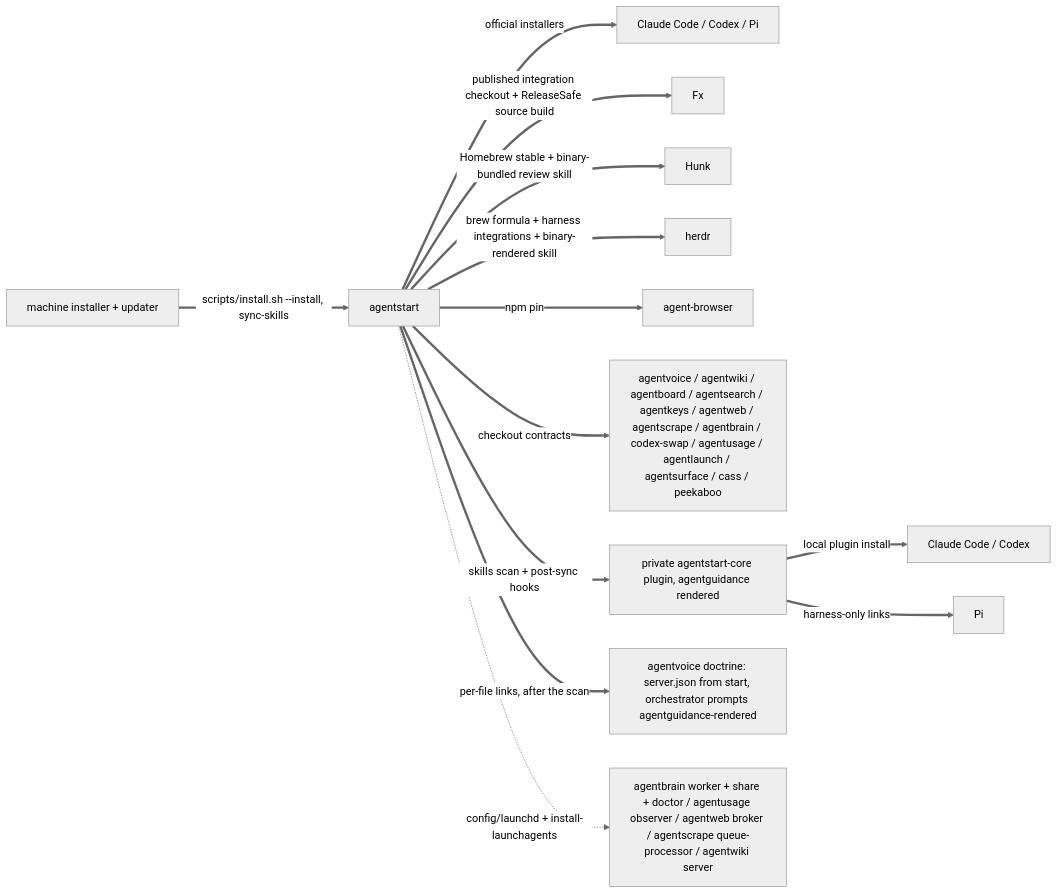
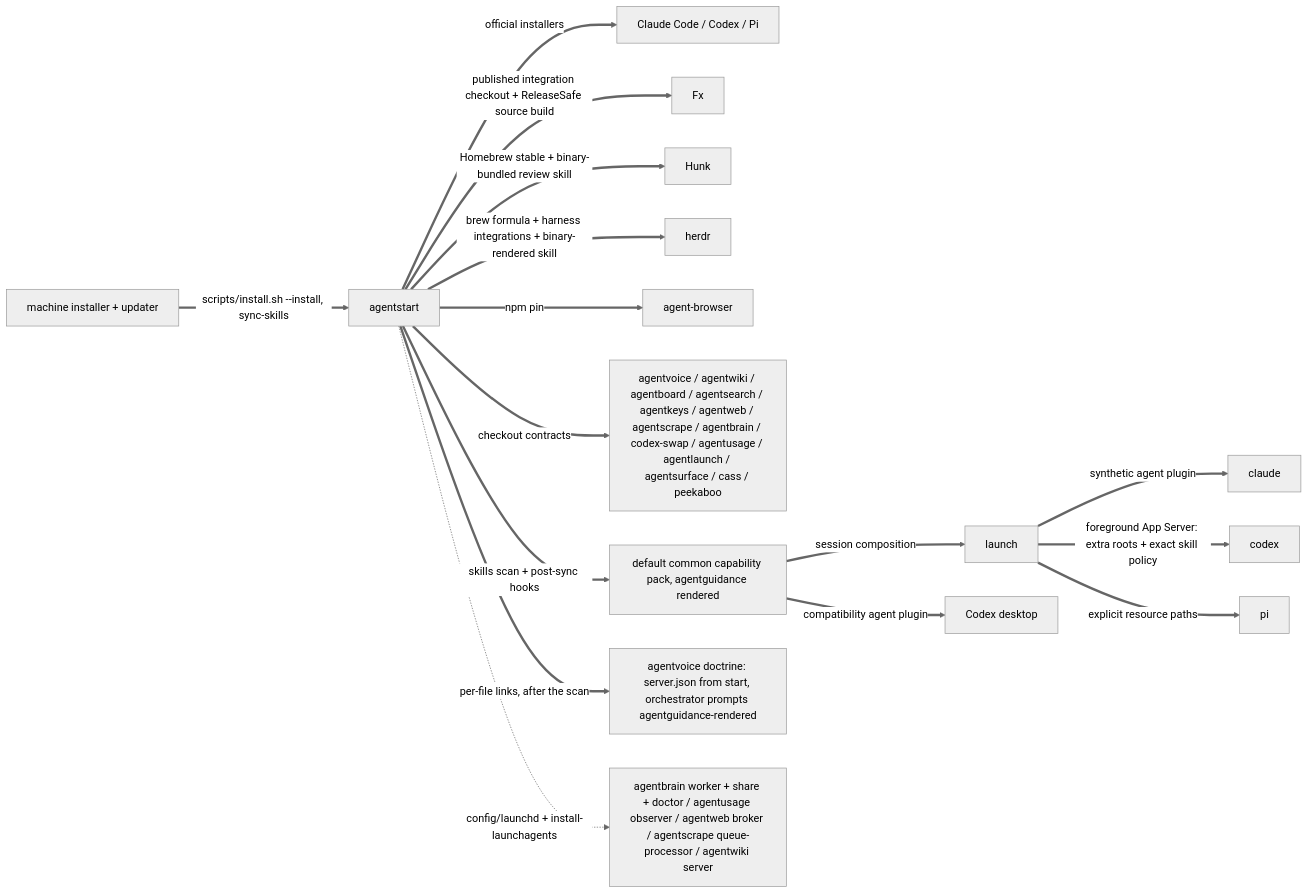
The second of 3 diagrams in skills/fleet/MAP.md (possibilities/agentstart), drawn with Mermaid (neutral theme) before and after one commit. The commit also changed other lines of this file and 18 other files, not shown here.

Commit message:
feat: install common capability packs

````diff
--- a/skills/fleet/MAP.md
+++ b/skills/fleet/MAP.md
@@ -80,18 +80,21 @@
 ```mermaid
 flowchart LR
     machine[machine installer + updater]
     start[agentstart]
 
     machine ==>|scripts/install.sh --install, sync-skills| start
     start ==>|official installers| harnesses[Claude Code / Codex / Pi]
     start ==>|published integration checkout + ReleaseSafe source build| fx[Fx]
     start ==>|Homebrew stable + binary-bundled review skill| hunk[Hunk]
     start ==>|brew formula + harness integrations + binary-rendered skill| herdrInstall[herdr]
     start ==>|npm pin| browser[agent-browser]
     start ==>|checkout contracts| fleet[agentvoice / agentwiki / agentboard / agentsearch / agentkeys / agentweb / agentscrape / agentbrain / codex-swap / agentusage / agentlaunch / agentsurface / cass / peekaboo]
-    start ==>|skills scan + post-sync hooks| skills[private agentstart-core plugin, agentguidance rendered]
-    skills ==>|local plugin install| coreHarnesses[Claude Code / Codex]
-    skills ==>|harness-only links| piSkills[Pi]
+    start ==>|skills scan + post-sync hooks| skills[default common capability pack, agentguidance rendered]
+    skills ==>|session composition| launch
+    launch ==>|synthetic agent plugin| claude
+    launch ==>|foreground App Server: extra roots + exact skill policy| codex
+    launch ==>|explicit resource paths| pi
+    skills ==>|compatibility agent plugin| codexDesktop[Codex desktop]
     start ==>|per-file links, after the scan| voiceDoctrine[agentvoice doctrine: server.json from start, orchestrator prompts agentguidance-rendered]
     start -.->|config/launchd + install-launchagents| services[agentbrain worker + share + doctor / agentusage observer / agentweb broker / agentscrape queue-processor / agentwiki server]
 ```
````
